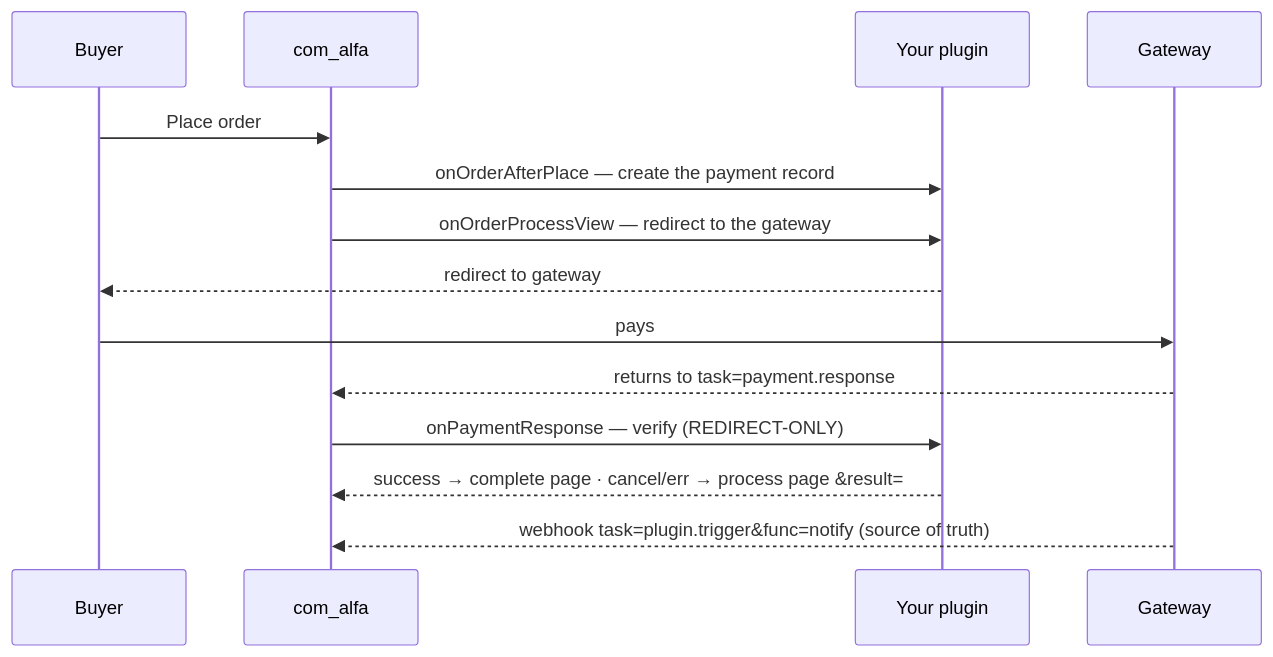
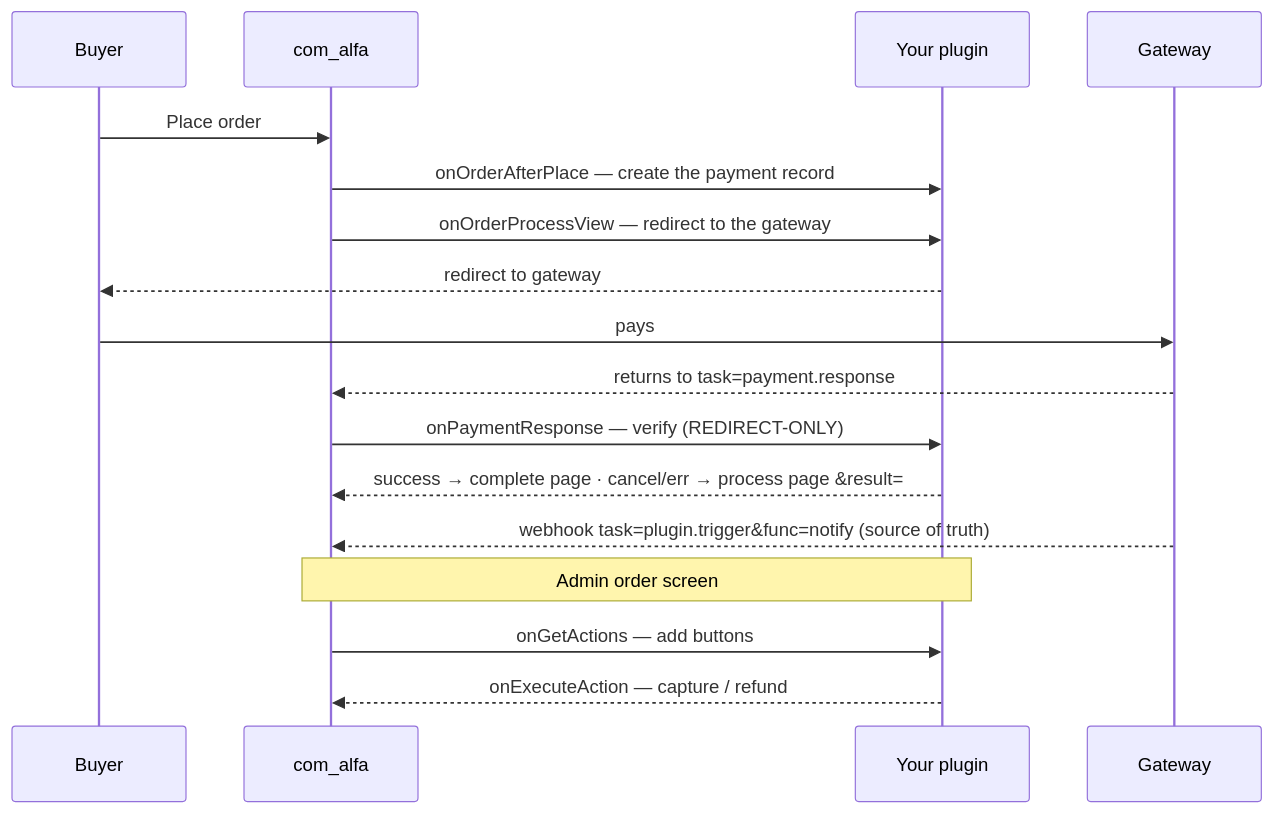
The diagram in docs/plugins/payment-plugins.md (Easylogic-CO-LP/Alfa-Commerce-Manual), drawn with Mermaid before and after one commit. The commit also changed 1 other file, not shown here.

Commit message:
Manual: make payment & shipment plugin pages symmetric
- Payment Lifecycle: add the admin order screen step (onGetActions / onExecuteAction — capture/refund) it was missing.
- Shipment: add a Minimal example section (full plugin skeleton) matching payment's.

````diff
--- a/docs/plugins/payment-plugins.md
+++ b/docs/plugins/payment-plugins.md
@@ -20,16 +20,19 @@
 ```mermaid
 sequenceDiagram
     participant B as Buyer
     participant C as com_alfa
     participant P as Your plugin
     participant G as Gateway
     B->>C: Place order
     C->>P: onOrderAfterPlace — create the payment record
     C->>P: onOrderProcessView — redirect to the gateway
     P-->>B: redirect to gateway
     B->>G: pays
     G-->>C: returns to task=payment.response
     C->>P: onPaymentResponse — verify (REDIRECT-ONLY)
     P-->>C: success → complete page · cancel/err → process page &result=
     G-->>C: webhook task=plugin.trigger&func=notify (source of truth)
+    Note over C,P: Admin order screen
+    C->>P: onGetActions — add buttons
+    P-->>C: onExecuteAction — capture / refund
 ```
````
